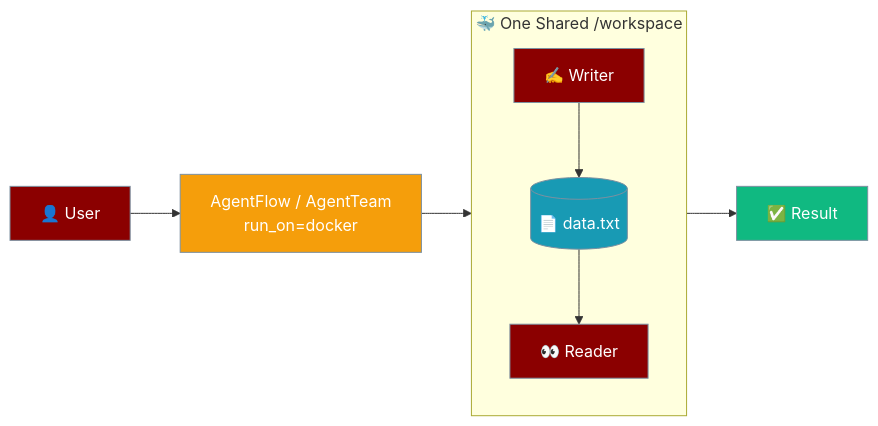
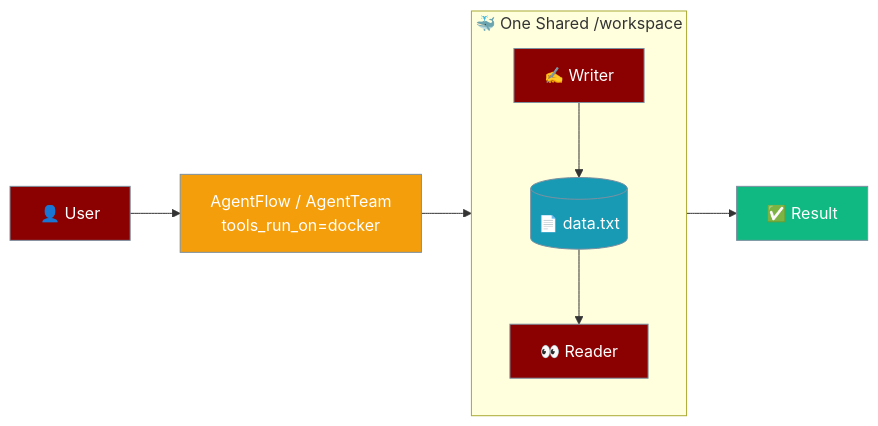
One commit to MervinPraison/PraisonAIDocs changed the first of 4 diagrams in docs/features/shared-sandbox.mdx. Above: the diagram before and after it, drawn with Mermaid. The commit also changed other lines of this file and 20 other files, not shown here.

First line of the commit message:
docs: unify placement vocabulary (run_on / tools_run_on / run_in) after PraisonAI #4068 (fixes #3052)

````diff
--- a/docs/features/shared-sandbox.mdx
+++ b/docs/features/shared-sandbox.mdx
@@ -20,20 +20,20 @@
 ```mermaid
 graph LR
-    User[👤 User] --> Flow[AgentFlow / AgentTeam<br/>run_on=docker]
+    User[👤 User] --> Flow[AgentFlow / AgentTeam<br/>tools_run_on=docker]
     Flow --> SANDBOX
     subgraph SANDBOX["🐳 One Shared /workspace"]
         W[✍️ Writer] --> F[(📄 data.txt)]
         F --> R[👀 Reader]
     end
     SANDBOX --> Out[✅ Result]
 
     classDef input fill:#8B0000,stroke:#7C90A0,color:#fff
     classDef process fill:#F59E0B,stroke:#7C90A0,color:#fff
     classDef tools fill:#189AB4,stroke:#7C90A0,color:#fff
     classDef result fill:#10B981,stroke:#7C90A0,color:#fff
 
     class User,W,R input
     class Flow process
     class F tools
     class Out result
 ```
````
